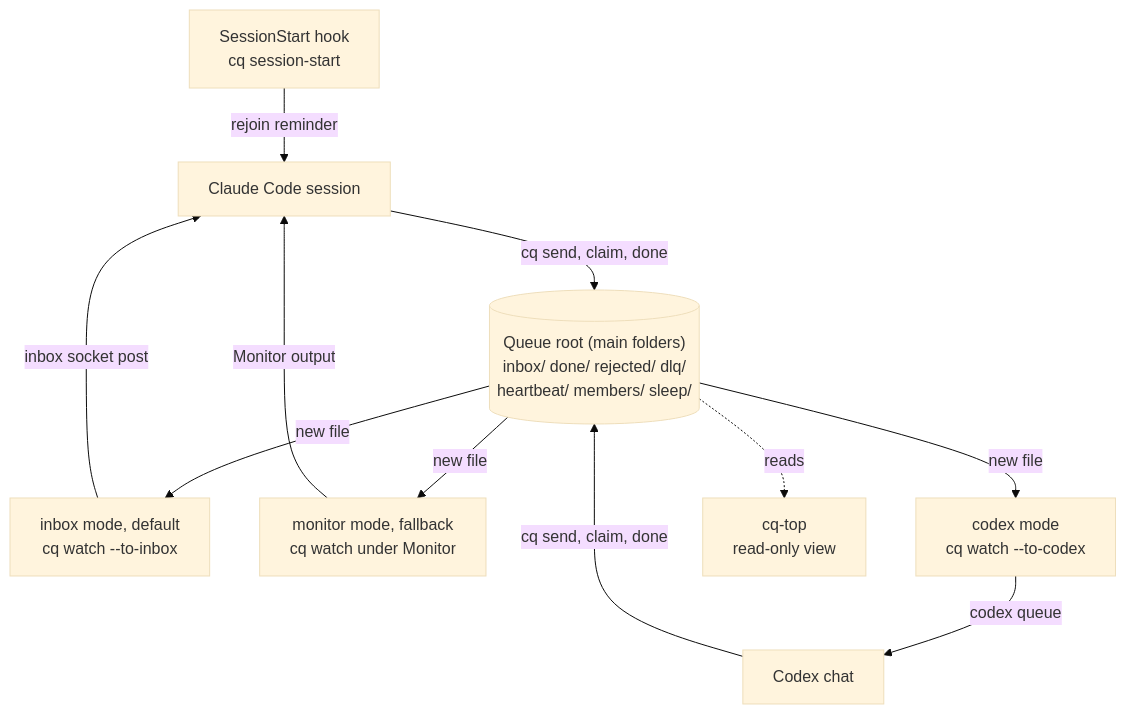
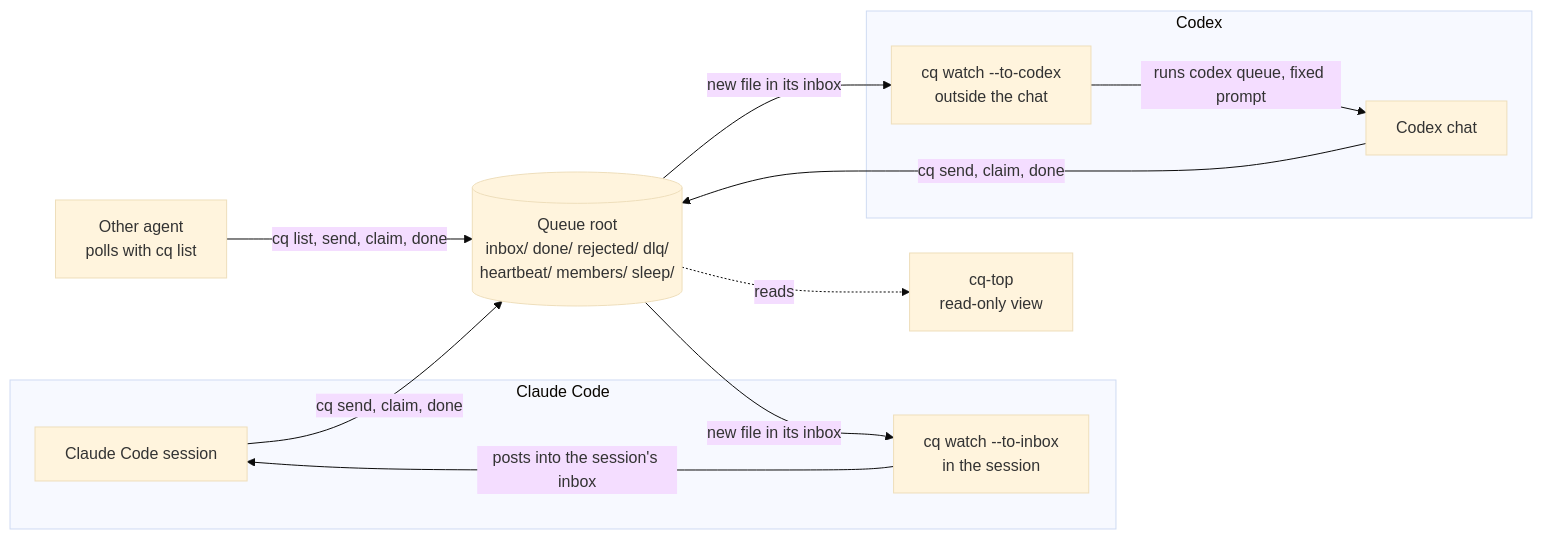
One commit to niklasrichardson/session-queue changed the diagram in README.md. Above: the diagram before and after it, drawn with Mermaid (base theme). The commit also changed other lines of this file and 12 other files, not shown here.

First line of the commit message:
Give Claude Code, Codex and other agents equal setup docs

````diff
--- a/README.md
+++ b/README.md
@@ -14,22 +14,23 @@
 ```mermaid
-flowchart TB
-    HK["SessionStart hook<br/>cq session-start"]
-    CC["Claude Code session"]
-    CX["Codex chat"]
-    R[("Queue root (main folders)<br/>inbox/ done/ rejected/ dlq/<br/>heartbeat/ members/ sleep/")]
-    WI["inbox mode, default<br/>cq watch --to-inbox"]
-    WM["monitor mode, fallback<br/>cq watch under Monitor"]
-    WC["codex mode<br/>cq watch --to-codex"]
+flowchart LR
+    subgraph claude["Claude Code"]
+        CC["Claude Code session"]
+        WI["cq watch --to-inbox<br/>in the session"]
+    end
+    R[("Queue root<br/>inbox/ done/ rejected/ dlq/<br/>heartbeat/ members/ sleep/")]
+    subgraph codex["Codex"]
+        CX["Codex chat"]
+        WC["cq watch --to-codex<br/>outside the chat"]
+    end
+    OA["Other agent<br/>polls with cq list"]
     TOP["cq-top<br/>read-only view"]
 
-    HK -->|"rejoin reminder"| CC
     CC -->|"cq send, claim, done"| R
     CX -->|"cq send, claim, done"| R
-    R -->|"new file"| WI
-    R -->|"new file"| WM
-    R -->|"new file"| WC
-    WI -->|"inbox socket post"| CC
-    WM -->|"Monitor output"| CC
-    WC -->|"codex queue"| CX
+    OA -->|"cq list, send, claim, done"| R
+    R -->|"new file in its inbox"| WI
+    R -->|"new file in its inbox"| WC
+    WI -->|"posts into the session's inbox"| CC
+    WC -->|"runs codex queue, fixed prompt"| CX
     R -.->|"reads"| TOP
 ```
````
